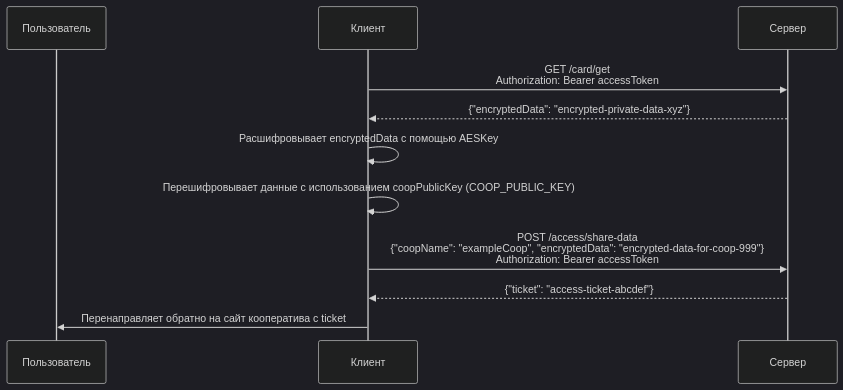
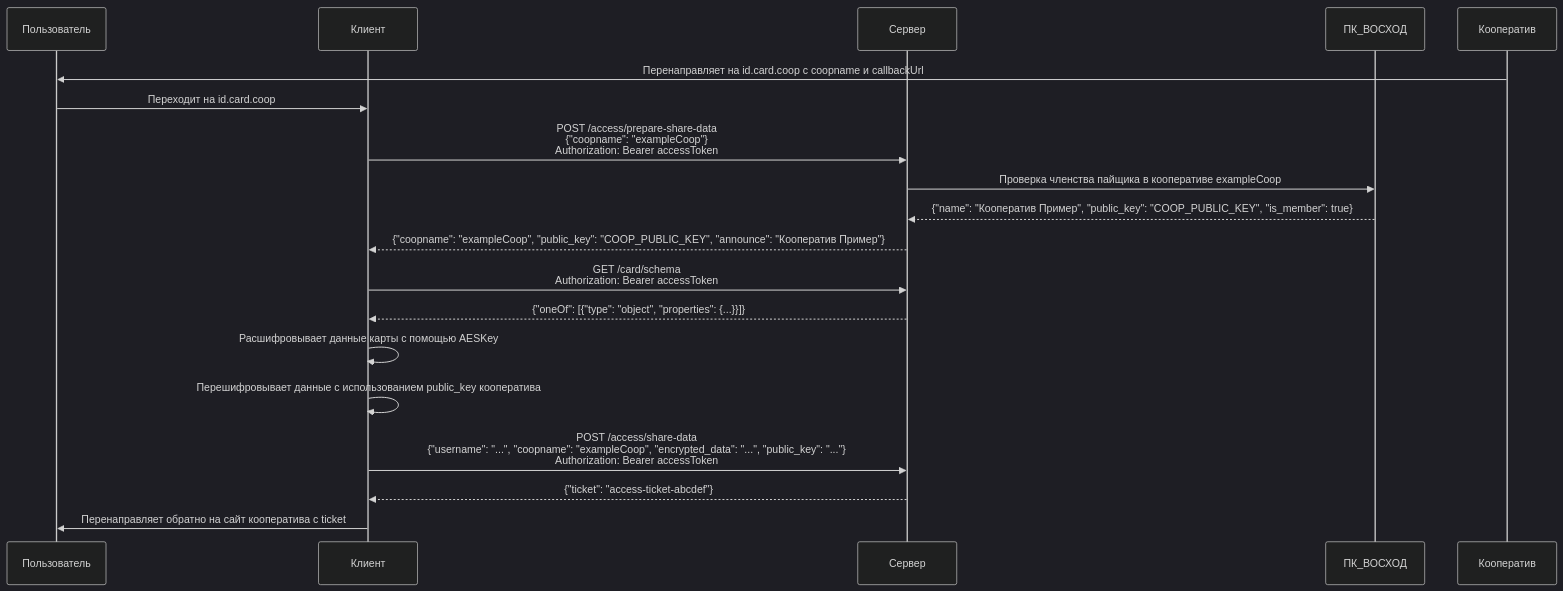
One commit to coopenomics/coopenomics changed the fifth of 11 diagrams in docs/documentation/cardcoop.md. Above: the diagram before and after it, drawn with Mermaid (dark theme). The commit also changed other lines of this file and 9 other files, not shown here.

````diff
--- a/docs/documentation/cardcoop.md
+++ b/docs/documentation/cardcoop.md
@@ -231,16 +234,24 @@
 ```mermaid
 sequenceDiagram
     participant Пользователь
     participant Клиент
     participant Сервер
+    participant ПК_ВОСХОД
+    participant Кооператив
 
-    Клиент->>Сервер: GET /card/get<br/>Authorization: Bearer accessToken
-    Сервер-->>Клиент: {"encryptedData": "encrypted-private-data-xyz"}
+    Кооператив->>Пользователь: Перенаправляет на id.card.coop с coopname и callbackUrl
+    Пользователь->>Клиент: Переходит на id.card.coop
+    Клиент->>Сервер: POST /access/prepare-share-data<br/>{"coopname": "exampleCoop"}<br/>Authorization: Bearer accessToken
+    Сервер->>ПК_ВОСХОД: Проверка членства пайщика в кооперативе exampleCoop
+    ПК_ВОСХОД-->>Сервер: {"name": "Кооператив Пример", "public_key": "COOP_PUBLIC_KEY", "is_member": true}
+    Сервер-->>Клиент: {"coopname": "exampleCoop", "public_key": "COOP_PUBLIC_KEY", "announce": "Кооператив Пример"}
 
-    Клиент->>Клиент: Расшифровывает encryptedData с помощью AESKey
-    Клиент->>Клиент: Перешифровывает данные с использованием coopPublicKey (COOP_PUBLIC_KEY)
-    Клиент->>Сервер: POST /access/share-data<br/>{"coopName": "exampleCoop", "encryptedData": "encrypted-data-for-coop-999"}<br/>Authorization: Bearer accessToken
+    Клиент->>Сервер: GET /card/schema<br/>Authorization: Bearer accessToken
+    Сервер-->>Клиент: {"oneOf": [{"type": "object", "properties": {...}}]}
+
+    Клиент->>Клиент: Расшифровывает данные карты с помощью AESKey
+    Клиент->>Клиент: Перешифровывает данные с использованием public_key кооператива
+    Клиент->>Сервер: POST /access/share-data<br/>{"username": "...", "coopname": "exampleCoop", "encrypted_data": "...", "public_key": "..."}<br/>Authorization: Bearer accessToken
     Сервер-->>Клиент: {"ticket": "access-ticket-abcdef"}
     Клиент->>Пользователь: Перенаправляет обратно на сайт кооператива с ticket
-
 ```
````
